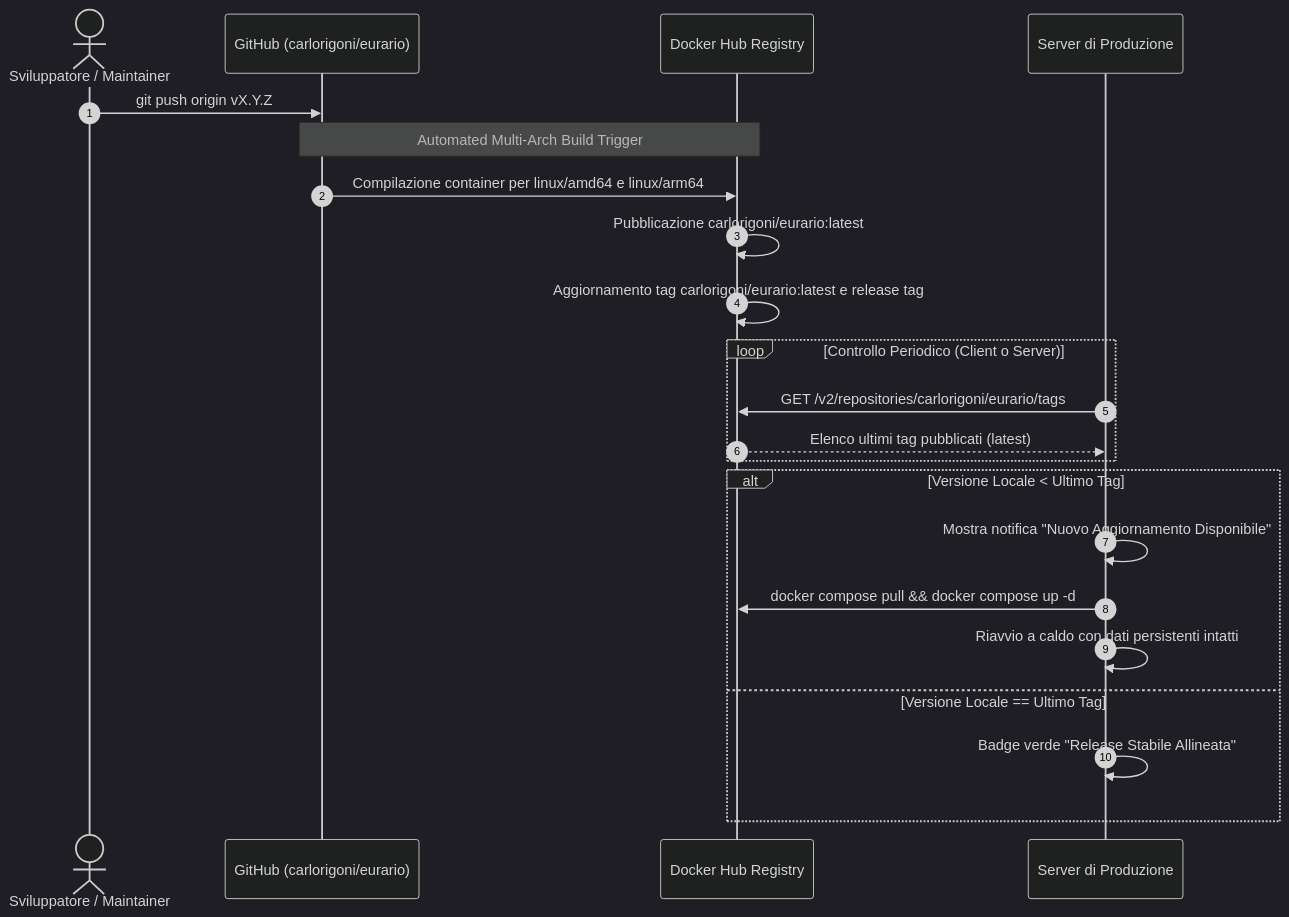
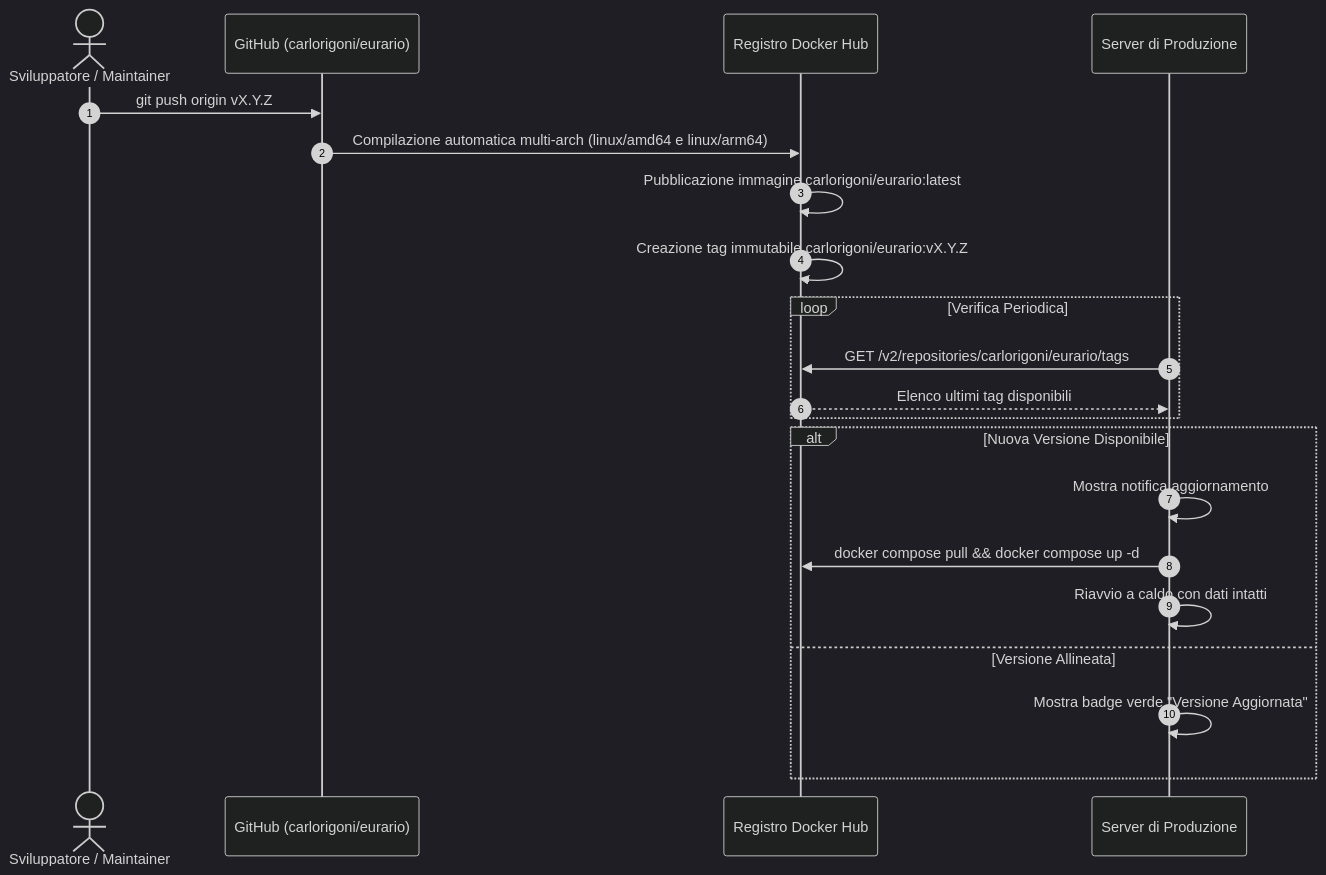
Before and after one commit to carlorigoni/eurario: the third of 4 diagrams in docs/architecture.md, drawn with Mermaid (dark theme). The commit also changed other lines of this file and 13 other files, not shown here.

````diff
--- a/docs/architecture.md
+++ b/docs/architecture.md
@@ -160,27 +159,26 @@
 ```mermaid
 sequenceDiagram
     autonumber
     actor Dev as Sviluppatore / Maintainer
     participant Git as GitHub (carlorigoni/eurario)
-    participant Hub as Docker Hub Registry
+    participant Hub as Registro Docker Hub
     participant Prod as Server di Produzione
 
     Dev->>Git: git push origin vX.Y.Z
-    Note over Git,Hub: Automated Multi-Arch Build Trigger
-    Git->>Hub: Compilazione container per linux/amd64 e linux/arm64
-    Hub->>Hub: Pubblicazione carlorigoni/eurario:latest
-    Hub->>Hub: Aggiornamento tag carlorigoni/eurario:latest e release tag
+    Git->>Hub: Compilazione automatica multi-arch (linux/amd64 e linux/arm64)
+    Hub->>Hub: Pubblicazione immagine carlorigoni/eurario:latest
+    Hub->>Hub: Creazione tag immutabile carlorigoni/eurario:vX.Y.Z
 
-    loop Controllo Periodico (Client o Server)
+    loop Verifica Periodica
         Prod->>Hub: GET /v2/repositories/carlorigoni/eurario/tags
-        Hub-->>Prod: Elenco ultimi tag pubblicati (latest)
+        Hub-->>Prod: Elenco ultimi tag disponibili
     end
 
-    alt Versione Locale < Ultimo Tag
-        Prod->>Prod: Mostra notifica "Nuovo Aggiornamento Disponibile"
+    alt Nuova Versione Disponibile
+        Prod->>Prod: Mostra notifica aggiornamento
         Prod->>Hub: docker compose pull && docker compose up -d
-        Prod->>Prod: Riavvio a caldo con dati persistenti intatti
-    else Versione Locale == Ultimo Tag
-        Prod->>Prod: Badge verde "Release Stabile Allineata"
+        Prod->>Prod: Riavvio a caldo con dati intatti
+    else Versione Allineata
+        Prod->>Prod: Mostra badge verde "Versione Aggiornata"
     end
 ```
````
